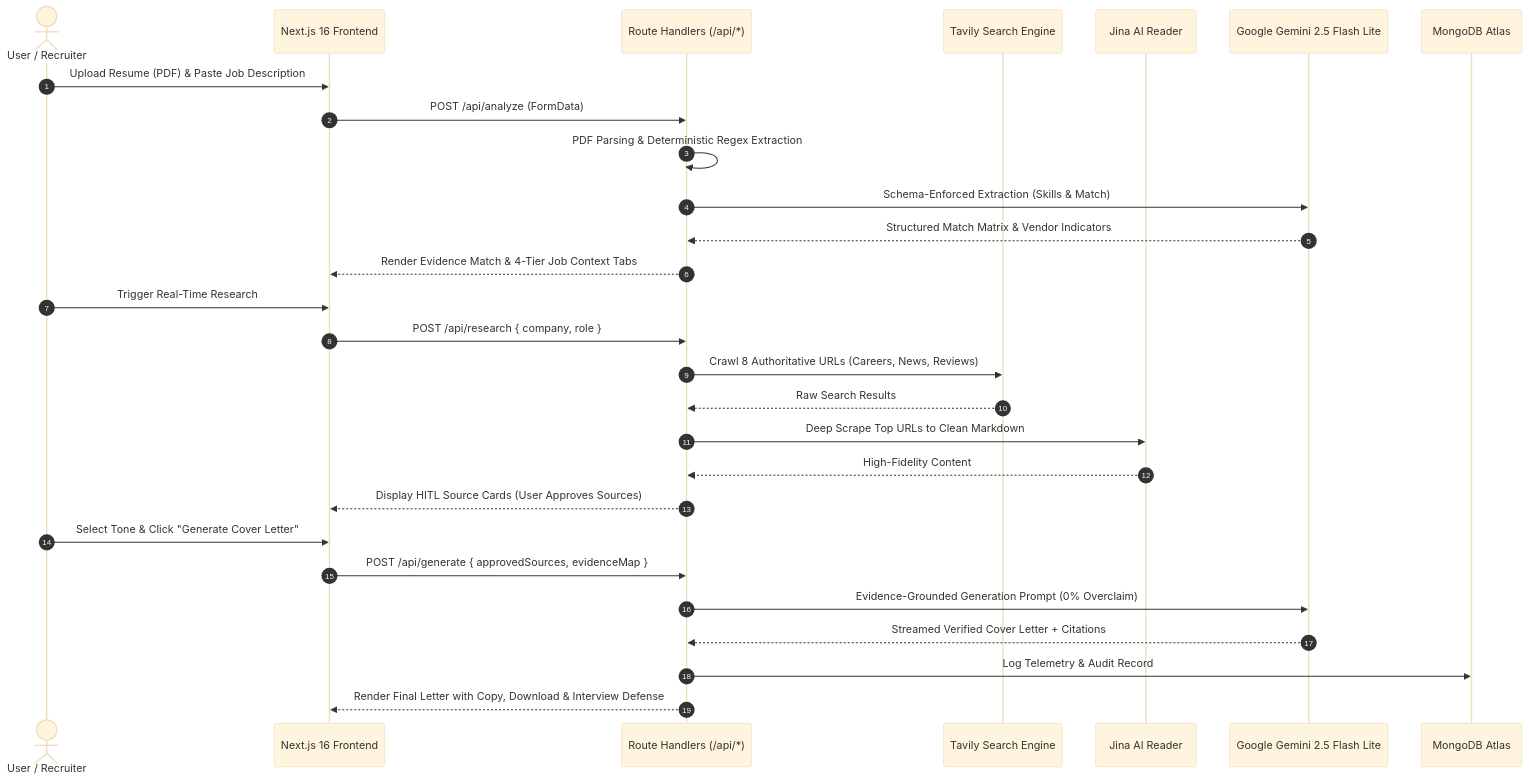
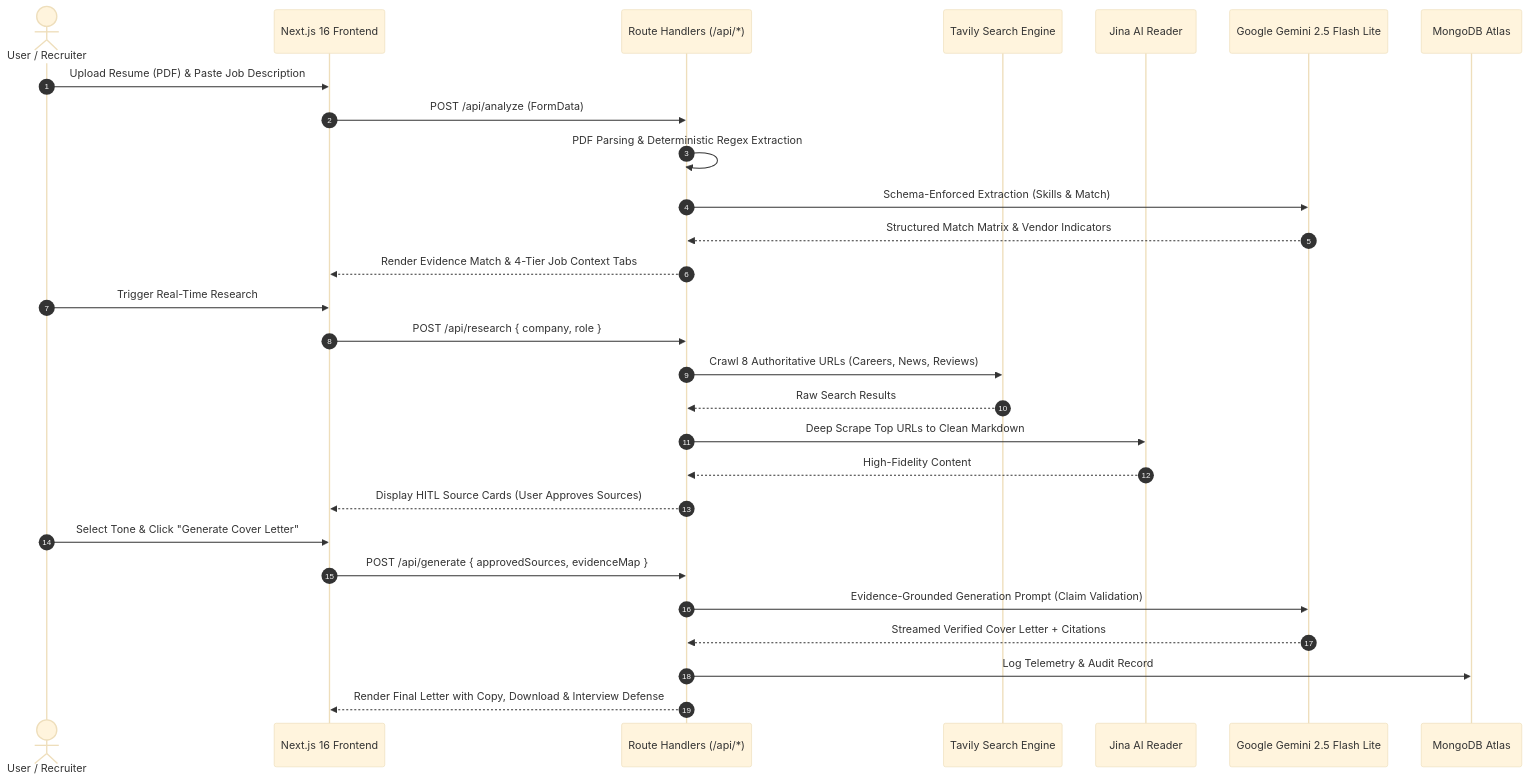
One commit to Ambuj123-lab/career-workspace-ambujsystems changed the diagram in README.md. Above: the diagram before and after it, drawn with Mermaid (base theme). The commit also changed other lines of this file and 11 other files, not shown here.

````diff
--- a/README.md
+++ b/README.md
@@ -128,33 +133,33 @@
 ```mermaid
 sequenceDiagram
     autonumber
     actor Candidate as User / Recruiter
     participant Web as Next.js 16 Frontend
     participant API as Route Handlers (/api/*)
     participant Tavily as Tavily Search Engine
     participant Jina as Jina AI Reader
     participant LLM as Google Gemini 2.5 Flash Lite
     participant DB as MongoDB Atlas
 
     Candidate->>Web: Upload Resume (PDF) & Paste Job Description
     Web->>API: POST /api/analyze (FormData)
     API->>API: PDF Parsing & Deterministic Regex Extraction
     API->>LLM: Schema-Enforced Extraction (Skills & Match)
     LLM-->>API: Structured Match Matrix & Vendor Indicators
     API-->>Web: Render Evidence Match & 4-Tier Job Context Tabs
 
     Candidate->>Web: Trigger Real-Time Research
     Web->>API: POST /api/research { company, role }
     API->>Tavily: Crawl 8 Authoritative URLs (Careers, News, Reviews)
     Tavily-->>API: Raw Search Results
     API->>Jina: Deep Scrape Top URLs to Clean Markdown
     Jina-->>API: High-Fidelity Content
     API-->>Web: Display HITL Source Cards (User Approves Sources)
 
     Candidate->>Web: Select Tone & Click "Generate Cover Letter"
     Web->>API: POST /api/generate { approvedSources, evidenceMap }
-    API->>LLM: Evidence-Grounded Generation Prompt (0% Overclaim)
+    API->>LLM: Evidence-Grounded Generation Prompt (Claim Validation)
     LLM-->>API: Streamed Verified Cover Letter + Citations
     API->>DB: Log Telemetry & Audit Record
     API-->>Web: Render Final Letter with Copy, Download & Interview Defense
 ```
````
